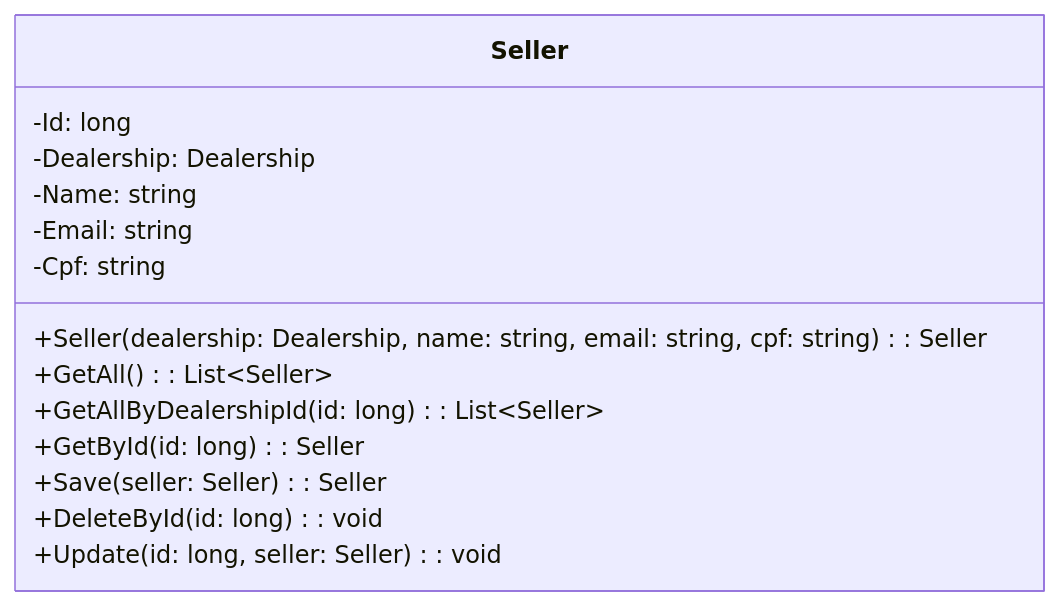
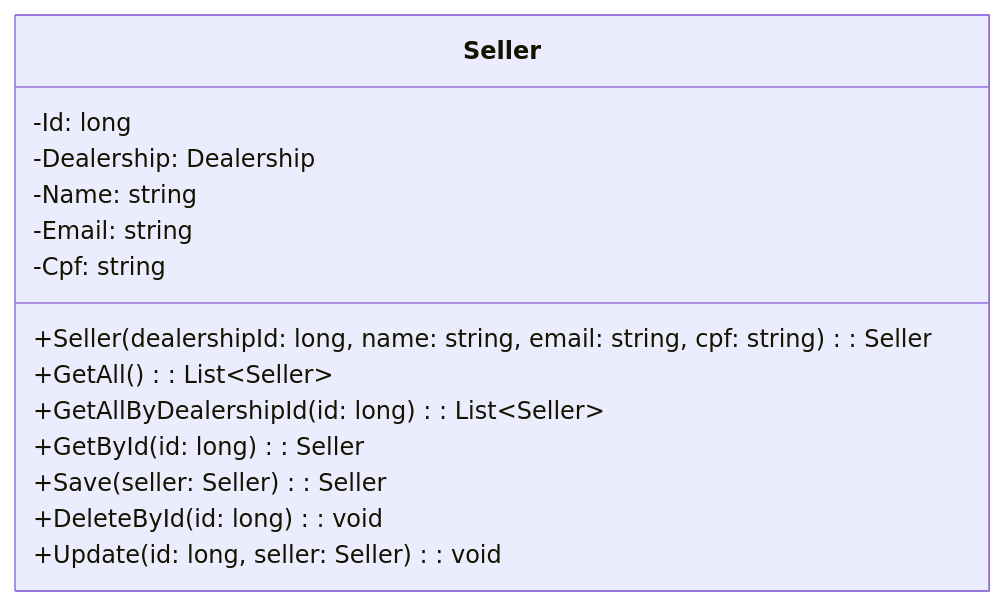
The ninth of 17 diagrams in Classes.md (AndreLucas0/diagrama-de-classes-projeto-integrador), drawn with Mermaid before and after one commit. The commit also changed other lines of this file, not shown here.

Commit message:
diagrama finalizado

````diff
--- a/Classes.md
+++ b/Classes.md
@@ -119,17 +119,17 @@
 ```mermaid
 classDiagram
     class Seller {
         -Id: long
         -Dealership: Dealership
         -Name: string
         -Email: string
         -Cpf: string
-        +Seller (dealership: Dealership, name: string, email: string, cpf: string): Seller
+        +Seller (dealershipId: long, name: string, email: string, cpf: string): Seller
         +GetAll (): List&lt;Seller&gt;
         +GetAllByDealershipId (id: long): List&lt;Seller&gt; 
         +GetById (id: long): Seller
         +Save (seller: Seller): Seller
         +DeleteById (id: long): void
         +Update (id: long, seller: Seller): void
     }
 ```
````
